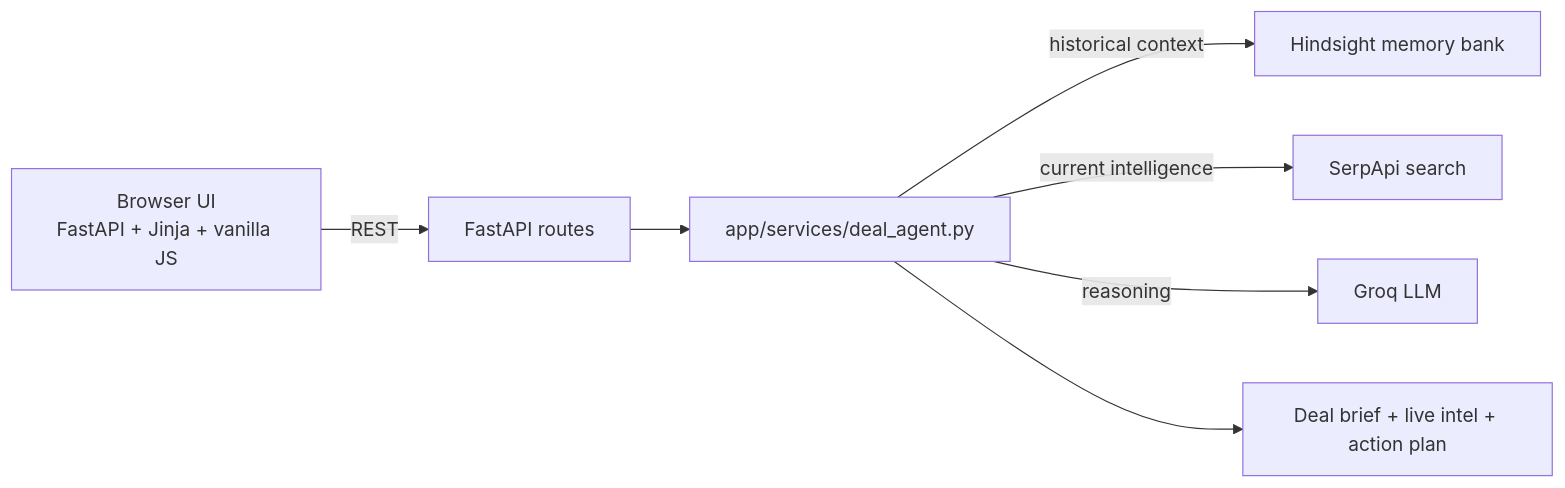
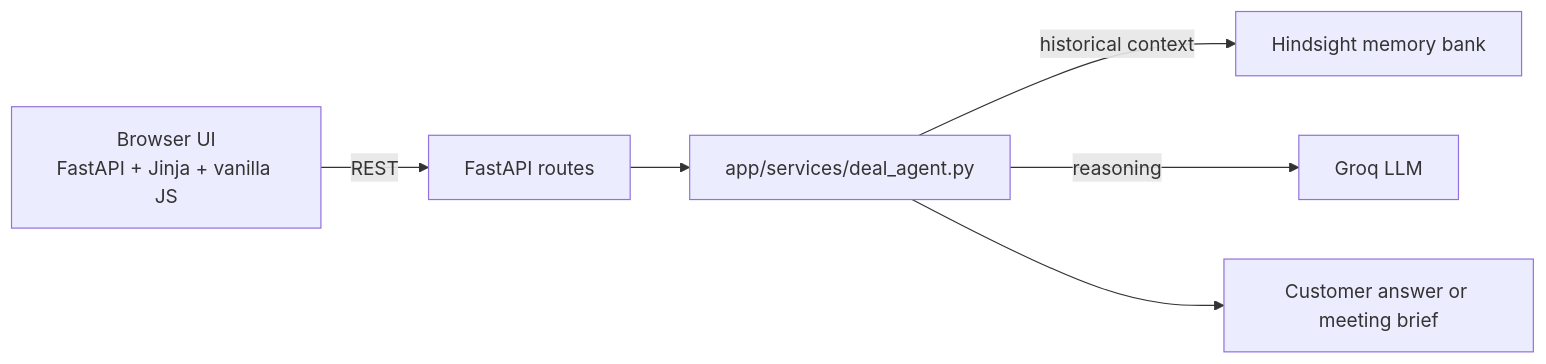
One commit to gubbashruthika/DealPilot-Intelligence changed the diagram in README.md. Above: the diagram before and after it, drawn with Mermaid. The commit also changed other lines of this file and 17 other files, not shown here.

Commit message:
Update DealPilot intelligence experience

````diff
--- a/README.md
+++ b/README.md
@@ -27,9 +23,8 @@
 ```mermaid
 flowchart LR
     UI["Browser UI<br/>FastAPI + Jinja + vanilla JS"] -->|REST| API["FastAPI routes"]
     API --> Agent["app/services/deal_agent.py"]
     Agent -->|historical context| HS["Hindsight memory bank"]
-    Agent -->|current intelligence| SERP["SerpApi search"]
     Agent -->|reasoning| GROQ["Groq LLM"]
-    Agent --> Output["Deal brief + live intel + action plan"]
+    Agent --> Output["Customer answer or meeting brief"]
 ```
````
